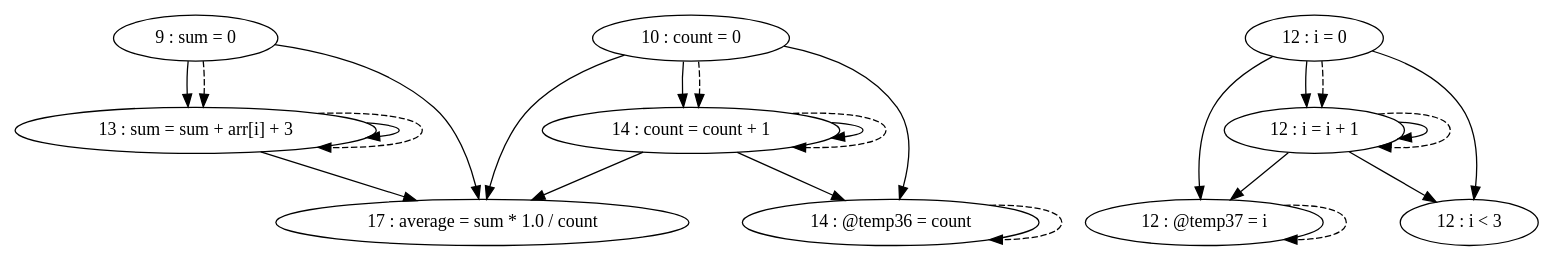
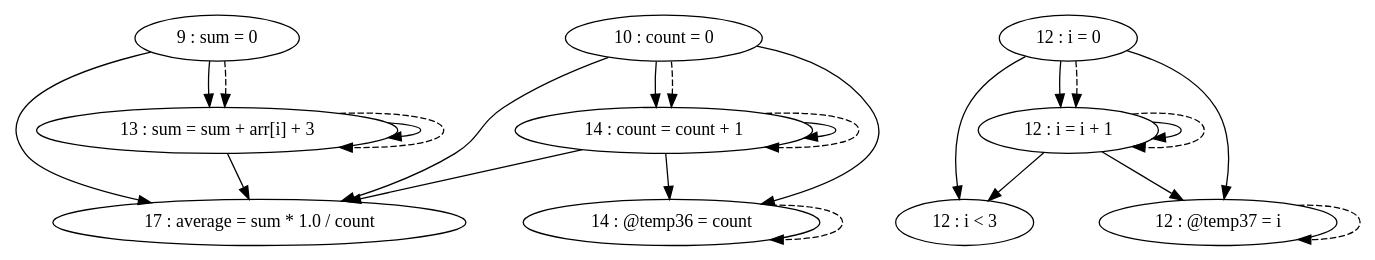
Before and after one commit to thomassimko/thesis-code-duplication: the diagram in pdg/source/testFiles/TestCases/TestCase8/TestCase8-test1.gv, drawn with Graphviz. The commit also changed other lines of this file and 63 other files, not shown here.

Commit message:
fixed issue with loop in graph

```diff
--- a/pdg/source/testFiles/TestCases/TestCase8/TestCase8-test1.gv
+++ b/pdg/source/testFiles/TestCases/TestCase8/TestCase8-test1.gv
@@ -1,36 +1,36 @@
 digraph G {
 "9 : sum = 0"
+"9 : sum = 0" -> "17 : average = sum * 1.0 / count"
 "9 : sum = 0" -> "13 : sum = sum + arr[i] + 3"
-"9 : sum = 0" -> "17 : average = sum * 1.0 / count"
 "9 : sum = 0" -> "13 : sum = sum + arr[i] + 3" [style=dashed]
 "10 : count = 0"
+"10 : count = 0" -> "14 : @temp36 = count"
+"10 : count = 0" -> "17 : average = sum * 1.0 / count"
 "10 : count = 0" -> "14 : count = count + 1"
-"10 : count = 0" -> "17 : average = sum * 1.0 / count"
-"10 : count = 0" -> "14 : @temp36 = count"
 "10 : count = 0" -> "14 : count = count + 1" [style=dashed]
 "12 : i = 0"
-"12 : i = 0" -> "12 : @temp37 = i"
 "12 : i = 0" -> "12 : i = i + 1"
 "12 : i = 0" -> "12 : i < 3"
+"12 : i = 0" -> "12 : @temp37 = i"
 "12 : i = 0" -> "12 : i = i + 1" [style=dashed]
 "12 : i < 3"
 "13 : sum = sum + arr[i] + 3"
+"13 : sum = sum + arr[i] + 3" -> "17 : average = sum * 1.0 / count"
 "13 : sum = sum + arr[i] + 3" -> "13 : sum = sum + arr[i] + 3"
-"13 : sum = sum + arr[i] + 3" -> "17 : average = sum * 1.0 / count"
 "13 : sum = sum + arr[i] + 3" -> "13 : sum = sum + arr[i] + 3" [style=dashed]
 "14 : @temp36 = count"
 "14 : @temp36 = count" -> "14 : @temp36 = count" [style=dashed]
 "14 : count = count + 1"
+"14 : count = count + 1" -> "14 : @temp36 = count"
+"14 : count = count + 1" -> "17 : average = sum * 1.0 / count"
 "14 : count = count + 1" -> "14 : count = count + 1"
-"14 : count = count + 1" -> "17 : average = sum * 1.0 / count"
-"14 : count = count + 1" -> "14 : @temp36 = count"
 "14 : count = count + 1" -> "14 : count = count + 1" [style=dashed]
 "12 : @temp37 = i"
 "12 : @temp37 = i" -> "12 : @temp37 = i" [style=dashed]
 "12 : i = i + 1"
-"12 : i = i + 1" -> "12 : @temp37 = i"
 "12 : i = i + 1" -> "12 : i = i + 1"
 "12 : i = i + 1" -> "12 : i < 3"
+"12 : i = i + 1" -> "12 : @temp37 = i"
 "12 : i = i + 1" -> "12 : i = i + 1" [style=dashed]
 "17 : average = sum * 1.0 / count"
 }
```
